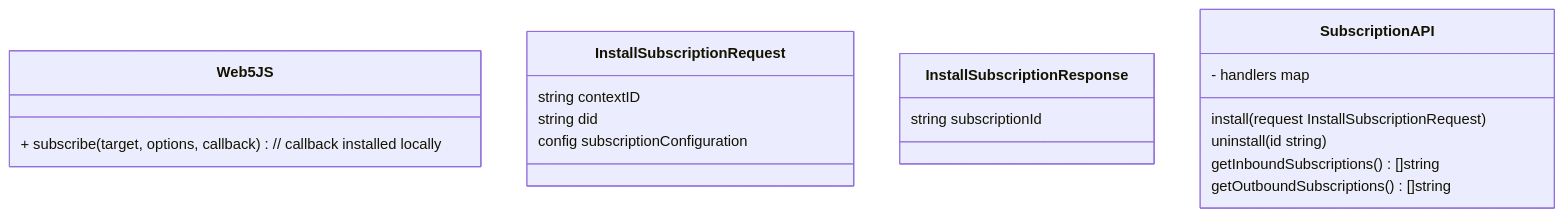
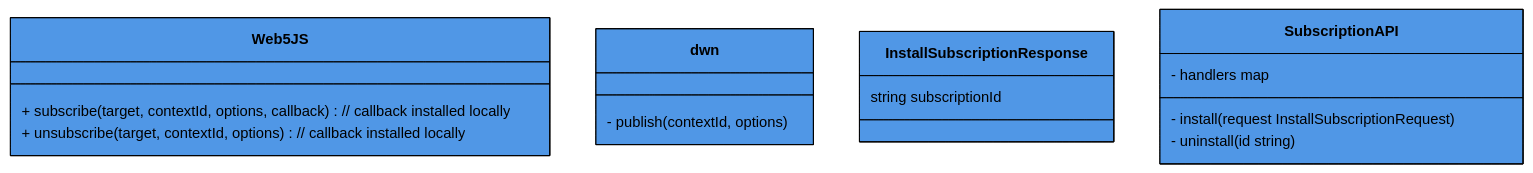
The tenth of 11 diagrams in tp019/README.md (TBD54566975/technical-proposals), drawn with Mermaid before and after one commit. The commit also changed other lines of this file, not shown here.

````diff
--- a/tp019/README.md
+++ b/tp019/README.md
@@ -315,25 +487,36 @@
 ```mermaid
+%%{
+  init: {
+    'theme': 'base',
+    'themeVariables': {
+      'primaryColor': '#5097E6',
+      'background': '#fff',
+      'primaryTextColor': 'black',
+      'primaryBorderColor': 'black',
+      'lineColor': 'black',
+      'secondaryColor': 'white',
+      'tertiaryColor': '#fff'
+    }
+  }
+}%%
 classDiagram
 
   class Web5JS {
-    + subscribe(target, options, callback) // callback installed locally
+    + subscribe(target, contextId, options, callback) // callback installed locally
+    + unsubscribe(target, contextId, options) // callback installed locally
   }
   
-  class InstallSubscriptionRequest {
-    string contextID
-    string did
-    config subscriptionConfiguration 
+  class dwn {
+    - publish(contextId, options)
   }
   
   class InstallSubscriptionResponse {
     string subscriptionId
   }
 
   class SubscriptionAPI {
     - handlers map<string, subscriptionHandler> 
-    install(request InstallSubscriptionRequest)
-    uninstall(id string)
-    getInboundSubscriptions() []string
-    getOutboundSubscriptions() []string
+    - install(request InstallSubscriptionRequest)
+    - uninstall(id string)
   }
 ```
````
